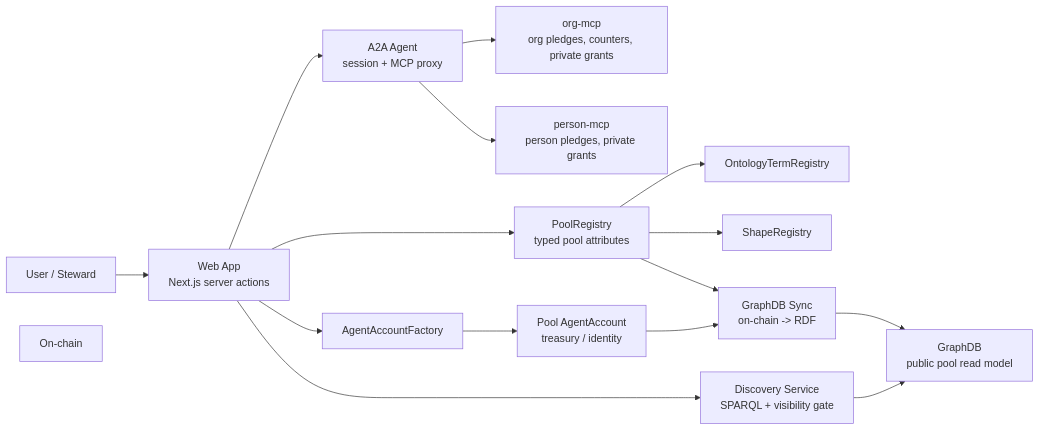
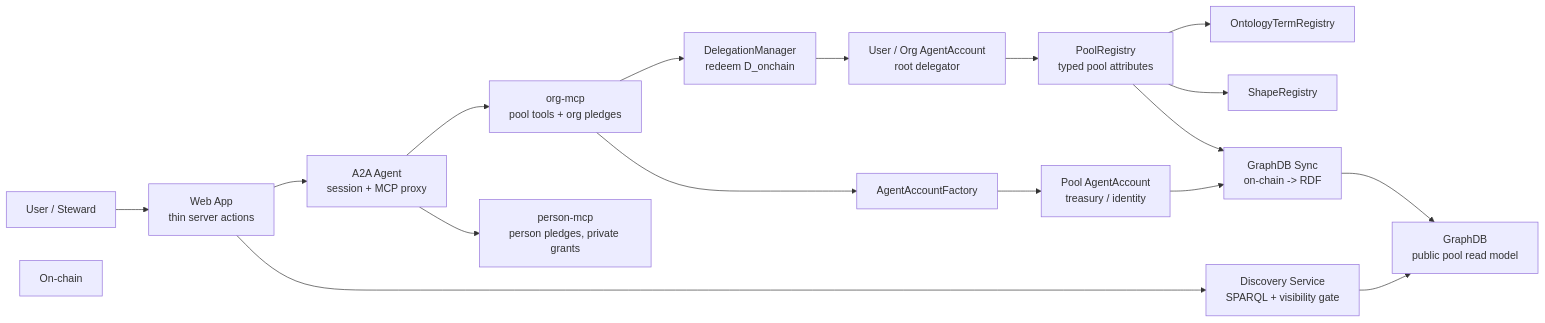
One commit to agentictrustlabs/smart-agent changed the first of 6 diagrams in docs/information-architecture/14-pool-creation-access-architecture.md. Above: the diagram before and after it, drawn with Mermaid. The commit also changed other lines of this file and 212 other files, not shown here.

Commit message:
updated to new delegation architecture

````diff
--- a/docs/information-architecture/14-pool-creation-access-architecture.md
+++ b/docs/information-architecture/14-pool-creation-access-architecture.md
@@ -20,34 +22,38 @@
 ```mermaid
 flowchart LR
     User["User / Steward"]
-    Web["Web App<br/>Next.js server actions"]
+    Web["Web App<br/>thin server actions"]
     A2A["A2A Agent<br/>session + MCP proxy"]
-    OrgMcp["org-mcp<br/>org pledges, counters, private grants"]
+    OrgMcp["org-mcp<br/>pool tools + org pledges"]
     PersonMcp["person-mcp<br/>person pledges, private grants"]
     Chain["On-chain"]
     Factory["AgentAccountFactory"]
+    DelegationManager["DelegationManager<br/>redeem D_onchain"]
+    UserAccount["User / Org AgentAccount<br/>root delegator"]
     PoolAccount["Pool AgentAccount<br/>treasury / identity"]
     PoolRegistry["PoolRegistry<br/>typed pool attributes"]
     Ontology["OntologyTermRegistry"]
     Shapes["ShapeRegistry"]
     GraphSync["GraphDB Sync<br/>on-chain -> RDF"]
     GraphDB["GraphDB<br/>public pool read model"]
     Discovery["Discovery Service<br/>SPARQL + visibility gate"]
 
     User --> Web
     Web --> A2A
     A2A --> OrgMcp
     A2A --> PersonMcp
 
-    Web --> Factory
+    OrgMcp --> Factory
     Factory --> PoolAccount
-    Web --> PoolRegistry
+    OrgMcp --> DelegationManager
+    DelegationManager --> UserAccount
+    UserAccount --> PoolRegistry
     PoolRegistry --> Ontology
     PoolRegistry --> Shapes
 
     PoolRegistry --> GraphSync
     PoolAccount --> GraphSync
     GraphSync --> GraphDB
     Web --> Discovery
     Discovery --> GraphDB
 ```
````
